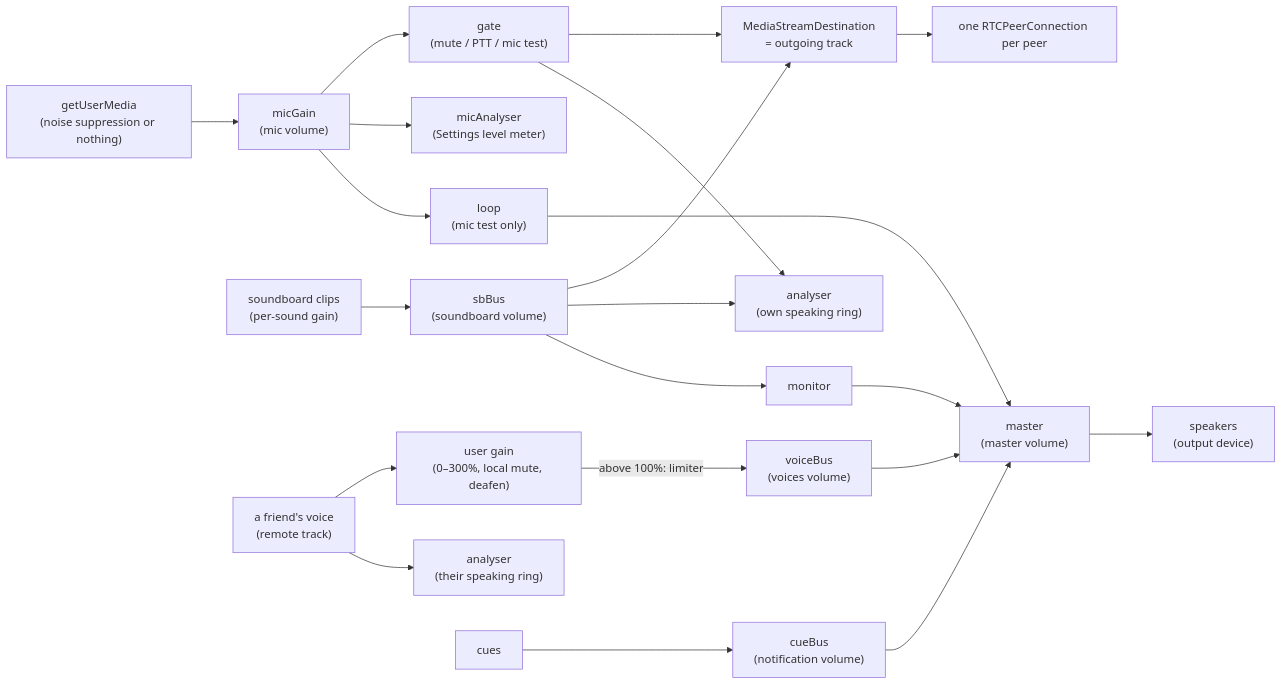
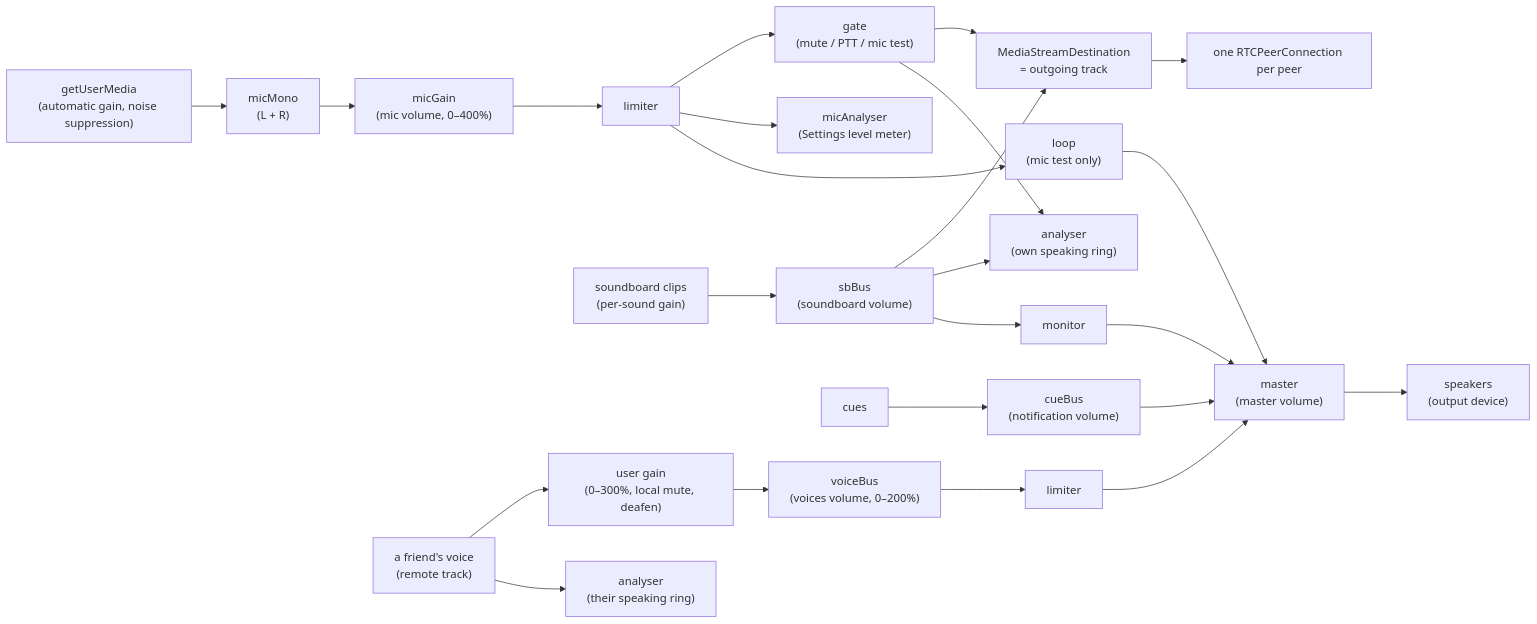
Before and after one commit to nickolaiposs/friendspeak: the second of 2 diagrams in docs/ARCHITECTURE.md, drawn with Mermaid. The commit also changed other lines of this file and 6 other files, not shown here.

First line of the commit message:
Voice: mono mic at full level, automatic gain, mic switching mid-call; fix the soundboard (D44)

````diff
--- a/docs/ARCHITECTURE.md
+++ b/docs/ARCHITECTURE.md
@@ -334,17 +334,17 @@
 ```mermaid
 flowchart LR
-  Mic["getUserMedia<br/>(noise suppression or nothing)"] --> MicGain["micGain<br/>(mic volume)"] --> Gate["gate<br/>(mute / PTT / mic test)"]
-  MicGain --> MicA["micAnalyser<br/>(Settings level meter)"]
-  MicGain --> Loop["loop<br/>(mic test only)"] --> Master
+  Mic["getUserMedia<br/>(automatic gain, noise suppression)"] --> Mono["micMono<br/>(L + R)"] --> MicGain["micGain<br/>(mic volume, 0–400%)"] --> MicLim["limiter"] --> Gate["gate<br/>(mute / PTT / mic test)"]
+  MicLim --> MicA["micAnalyser<br/>(Settings level meter)"]
+  MicLim --> Loop["loop<br/>(mic test only)"] --> Master
   Gate --> Out["MediaStreamDestination<br/>= outgoing track"]
   Gate --> SelfA["analyser<br/>(own speaking ring)"]
   SB["soundboard clips<br/>(per-sound gain)"] --> Bus["sbBus<br/>(soundboard volume)"]
   Bus --> Out
   Bus --> SelfA
   Bus --> Mon["monitor"] --> Master["master<br/>(master volume)"] --> Speakers["speakers<br/>(output device)"]
   Out --> PCs["one RTCPeerConnection per peer"]
   Remote["a friend's voice<br/>(remote track)"] --> UserGain["user gain<br/>(0–300%, local mute, deafen)"]
   Remote --> PeerA["analyser<br/>(their speaking ring)"]
-  UserGain -- "above 100%: limiter" --> VoiceBus["voiceBus<br/>(voices volume)"] --> Master
+  UserGain --> VoiceBus["voiceBus<br/>(voices volume, 0–200%)"] --> VoiceLim["limiter"] --> Master
   Cues["cues"] --> CueBus["cueBus<br/>(notification volume)"] --> Master
 ```
````
